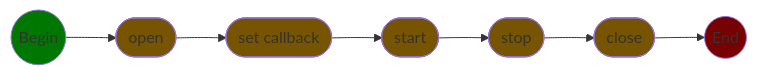
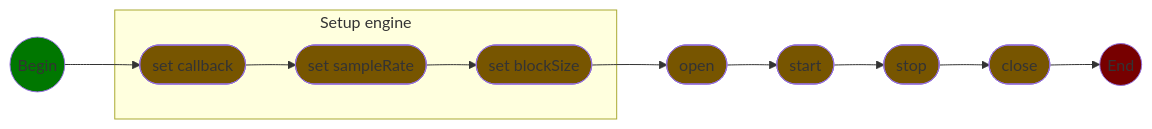
Before and after one commit to Mika-42/core-audio: the diagram in README.md, drawn with Mermaid. The commit also changed other lines of this file, not shown here.

Commit message:
Update README for configuration and callback setup

````diff
--- a/README.md
+++ b/README.md
@@ -57,17 +59,23 @@
 ```mermaid
 graph LR
 	A(("Begin"))
-	B(["open"])
-	C(["set callback"])
+
+	subgraph "Setup engine"
+		B1(["set callback"])
+		B2(["set sampleRate"])
+		B3(["set blockSize"])
+	end
+
+	C(["open"])
 	D(["start"])
 	E(["stop"])
 	F(["close"])
 	G(("End"))
 
-	A --> B --> C --> D --> E --> F --> G
-
+	B3 --> C --> D --> E --> F --> G
+	A --> B1 --> B2 --> B3
 	classDef step fill:#775500
-  	class B,C,D,E,F step;
+  	class B1,B2,B3,C,D,E,F step;
 	style A fill:#007700
 	style G fill:#770000
 ```
````
